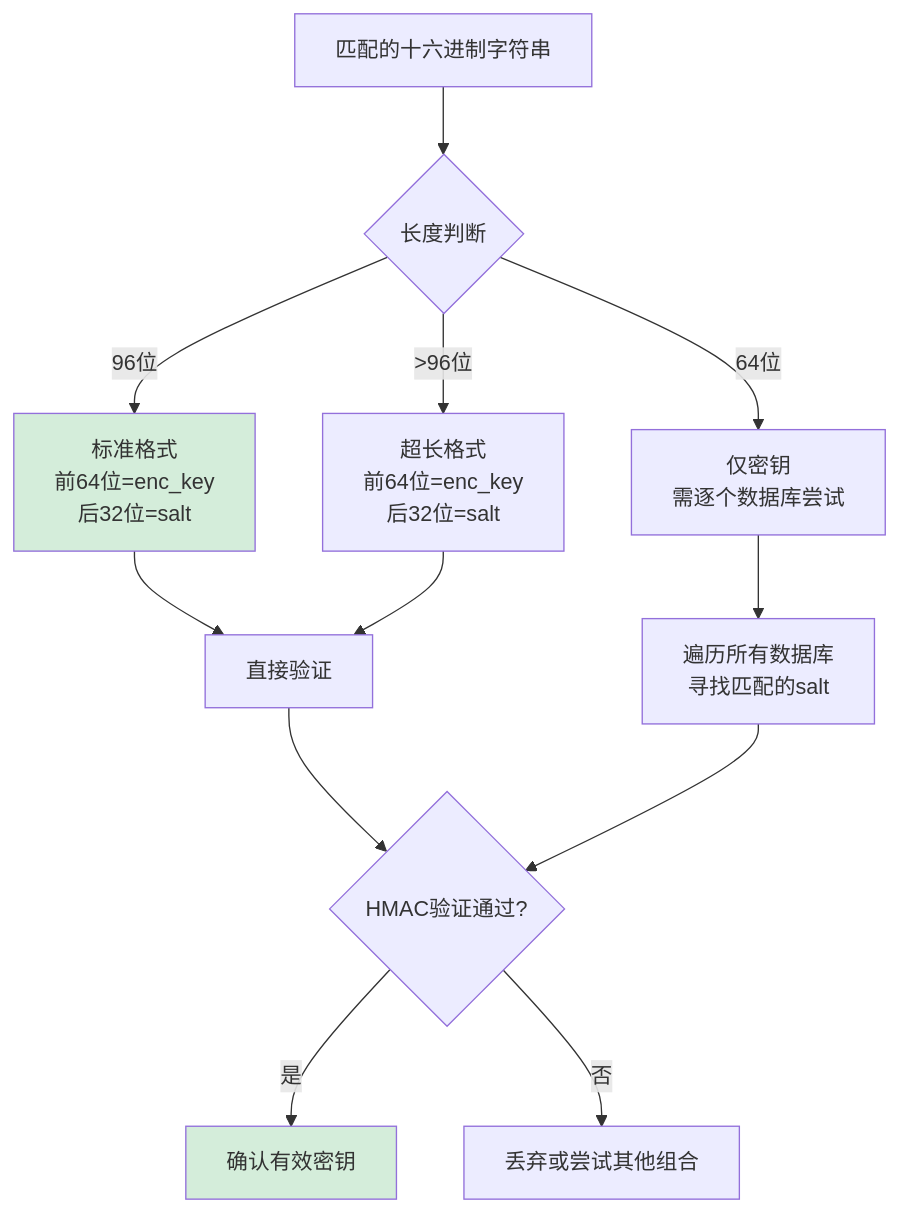
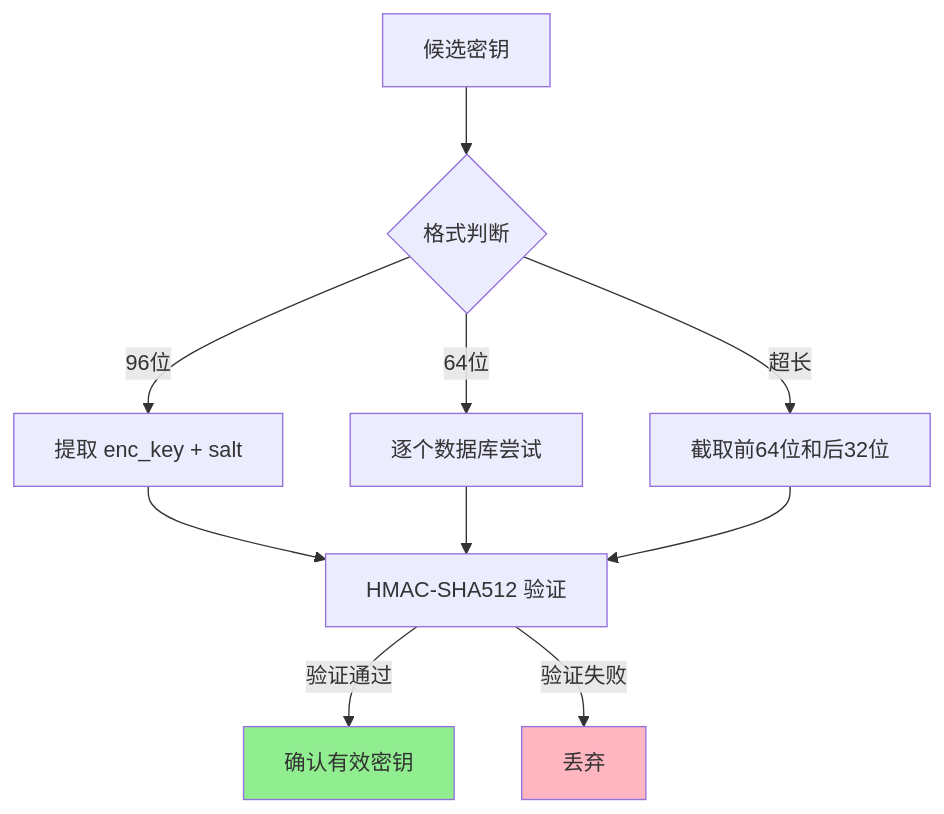
Before and after one commit to nerdneilsfield/code-wiki-pages: the fourth of 5 diagrams in public/wechat-decrypt/guide-beginners-guide-finding-keys.md, drawn with Mermaid. The commit also changed other lines of this file and 30 other files, not shown here.

````diff
--- a/public/wechat-decrypt/guide-beginners-guide-finding-keys.md
+++ b/public/wechat-decrypt/guide-beginners-guide-finding-keys.md
@@ -160,21 +133,17 @@
 ```mermaid
 flowchart TD
-    A[匹配的十六进制字符串] --> B{长度判断}
+    A[候选密钥] --> B{格式判断}
+    B -->|96位| C[提取 enc_key + salt]
+    B -->|64位| D[逐个数据库尝试]
+    B -->|超长| E[截取前64位和后32位]
     
-    B -->|96位| C[标准格式<br/>前64位=enc_key<br/>后32位=salt]
-    B -->|64位| D[仅密钥<br/>需逐个数据库尝试]
-    B -->|>96位| E[超长格式<br/>前64位=enc_key<br/>后32位=salt]
-    
-    C --> F[直接验证]
-    D --> G[遍历所有数据库<br/>寻找匹配的salt]
+    C --> F[HMAC-SHA512 验证]
+    D --> F
     E --> F
     
-    F --> H{HMAC验证通过?}
-    G --> H
+    F -->|验证通过| G[确认有效密钥]
+    F -->|验证失败| H[丢弃]
     
-    H -->|是| I[确认有效密钥]
-    H -->|否| J[丢弃或尝试其他组合]
-    
-    style C fill:#d4edda
-    style I fill:#d4edda
+    style G fill:#90EE90
+    style H fill:#FFB6C1
 ```
````
